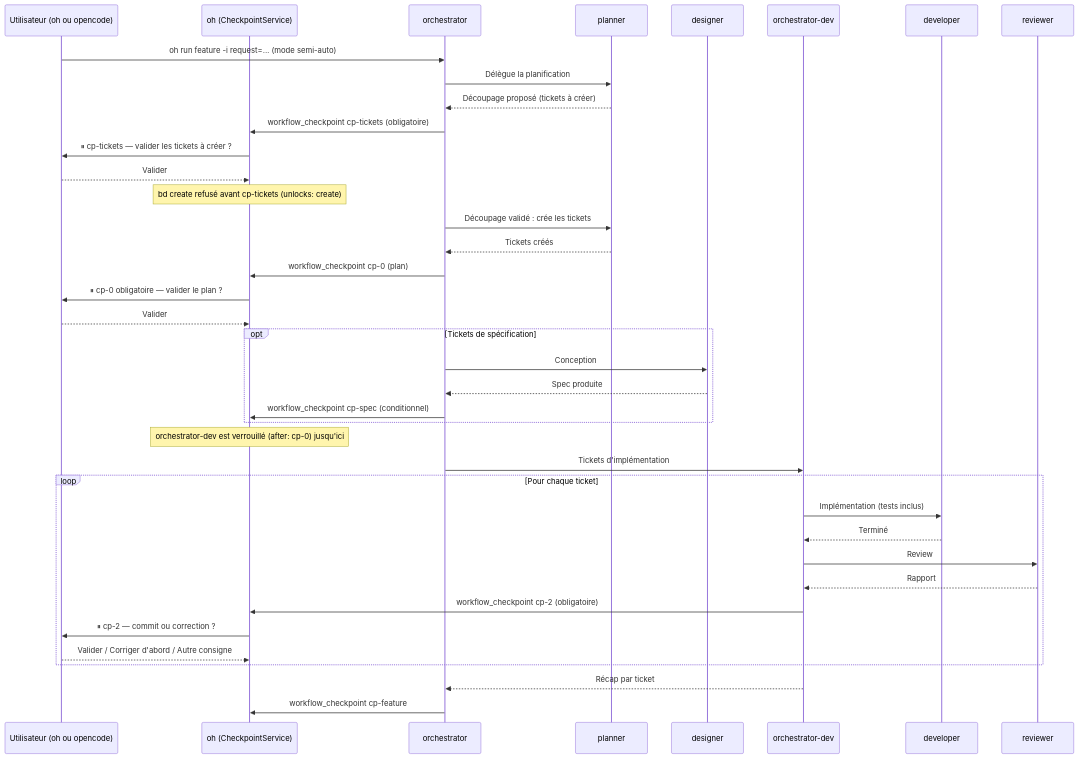
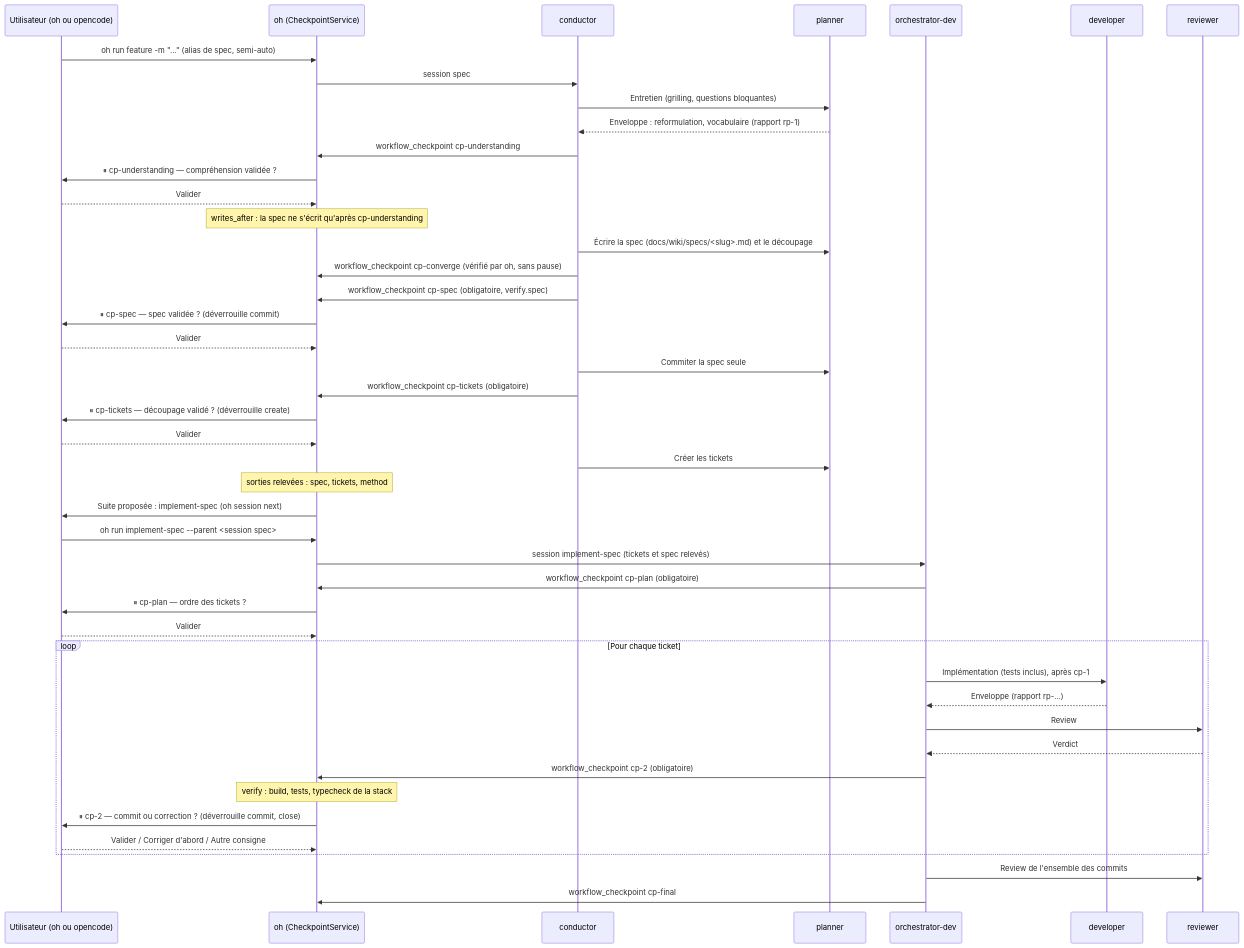
The fourth of 4 diagrams in docs/architecture/overview.fr.md (datichb/openhub), drawn with Mermaid before and after one commit. The commit also changed other lines of this file and 18 other files, not shown here.

First line of the commit message:
docs(architecture): bring the synthesis docs and diagrams up to date (modernisation docs-synthesis)

````diff
--- a/docs/architecture/overview.fr.md
+++ b/docs/architecture/overview.fr.md
@@ -181,42 +277,48 @@
 ```mermaid
 sequenceDiagram
     participant U as Utilisateur (oh ou opencode)
     participant OH as oh (CheckpointService)
-    participant O as orchestrator
+    participant C as conductor
     participant PL as planner
-    participant DS as designer
     participant OD as orchestrator-dev
     participant DEV as developer
     participant R as reviewer
 
-    U->>O: oh run feature -i request=… (mode semi-auto)
-    O->>PL: Délègue la planification
-    PL-->>O: Découpage proposé (tickets à créer)
-    O->>OH: workflow_checkpoint cp-tickets (obligatoire)
-    OH->>U: ⏸ cp-tickets — valider les tickets à créer ?
+    U->>OH: oh run feature -m "…" (alias de spec, semi-auto)
+    OH->>C: session spec
+    C->>PL: Entretien (grilling, questions bloquantes)
+    PL-->>C: Enveloppe : reformulation, vocabulaire (rapport rp-1)
+    C->>OH: workflow_checkpoint cp-understanding
+    OH->>U: ⏸ cp-understanding — compréhension validée ?
     U-->>OH: Valider
-    Note over OH: bd create refusé avant cp-tickets (unlocks: create)
-    O->>PL: Découpage validé : crée les tickets
-    PL-->>O: Tickets créés
-    O->>OH: workflow_checkpoint cp-0 (plan)
-    OH->>U: ⏸ cp-0 obligatoire — valider le plan ?
+    Note over OH: writes_after : la spec ne s'écrit qu'après cp-understanding
+    C->>PL: Écrire la spec (docs/wiki/specs/<slug>.md) et le découpage
+    C->>OH: workflow_checkpoint cp-converge (vérifié par oh, sans pause)
+    C->>OH: workflow_checkpoint cp-spec (obligatoire, verify.spec)
+    OH->>U: ⏸ cp-spec — spec validée ? (déverrouille commit)
     U-->>OH: Valider
-    opt Tickets de spécification
-        O->>DS: Conception
-        DS-->>O: Spec produite
-        O->>OH: workflow_checkpoint cp-spec (conditionnel)
-    end
-    Note over OH: orchestrator-dev est verrouillé (after: cp-0) jusqu'ici
-    O->>OD: Tickets d'implémentation
+    C->>PL: Commiter la spec seule
+    C->>OH: workflow_checkpoint cp-tickets (obligatoire)
+    OH->>U: ⏸ cp-tickets — découpage validé ? (déverrouille create)
+    U-->>OH: Valider
+    C->>PL: Créer les tickets
+    Note over OH: sorties relevées : spec, tickets, method
+    OH->>U: Suite proposée : implement-spec (oh session next)
+    U->>OH: oh run implement-spec --parent <session spec>
+    OH->>OD: session implement-spec (tickets et spec relevés)
+    OD->>OH: workflow_checkpoint cp-plan (obligatoire)
+    OH->>U: ⏸ cp-plan — ordre des tickets ?
+    U-->>OH: Valider
     loop Pour chaque ticket
-        OD->>DEV: Implémentation (tests inclus)
-        DEV-->>OD: Terminé
+        OD->>DEV: Implémentation (tests inclus), après cp-1
+        DEV-->>OD: Enveloppe (rapport rp-…)
         OD->>R: Review
-        R-->>OD: Rapport
+        R-->>OD: Verdict
         OD->>OH: workflow_checkpoint cp-2 (obligatoire)
-        OH->>U: ⏸ cp-2 — commit ou correction ?
+        Note over OH: verify : build, tests, typecheck de la stack
+        OH->>U: ⏸ cp-2 — commit ou correction ? (déverrouille commit, close)
         U-->>OH: Valider / Corriger d'abord / Autre consigne
     end
-    OD-->>O: Récap par ticket
-    O->>OH: workflow_checkpoint cp-feature
+    OD->>R: Review de l'ensemble des commits
+    OD->>OH: workflow_checkpoint cp-final
 ```
````
